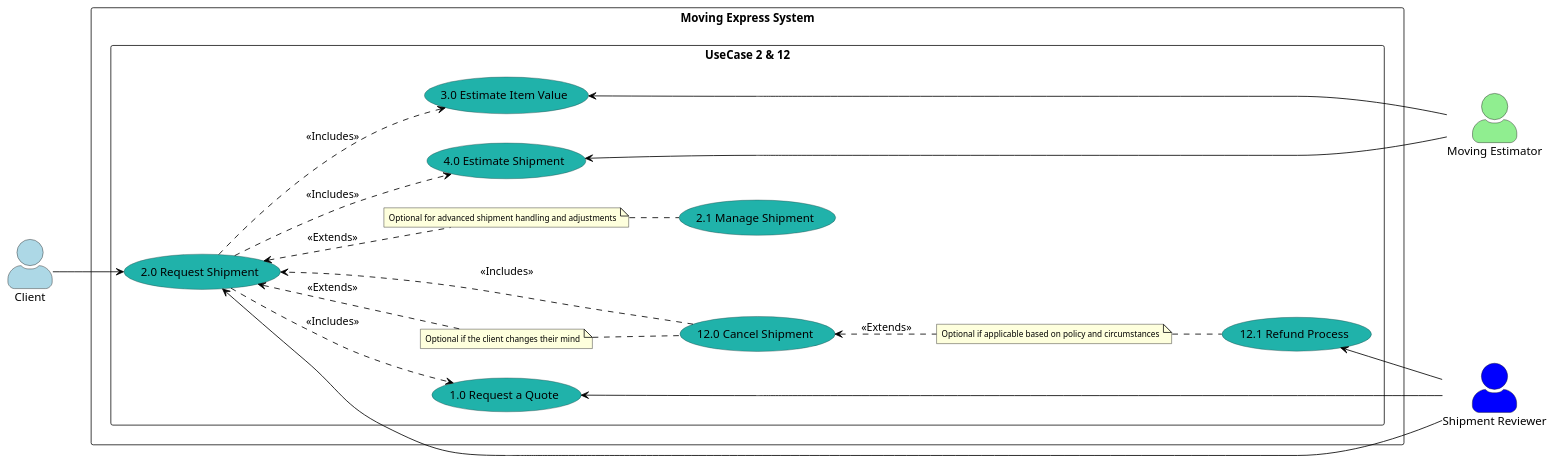
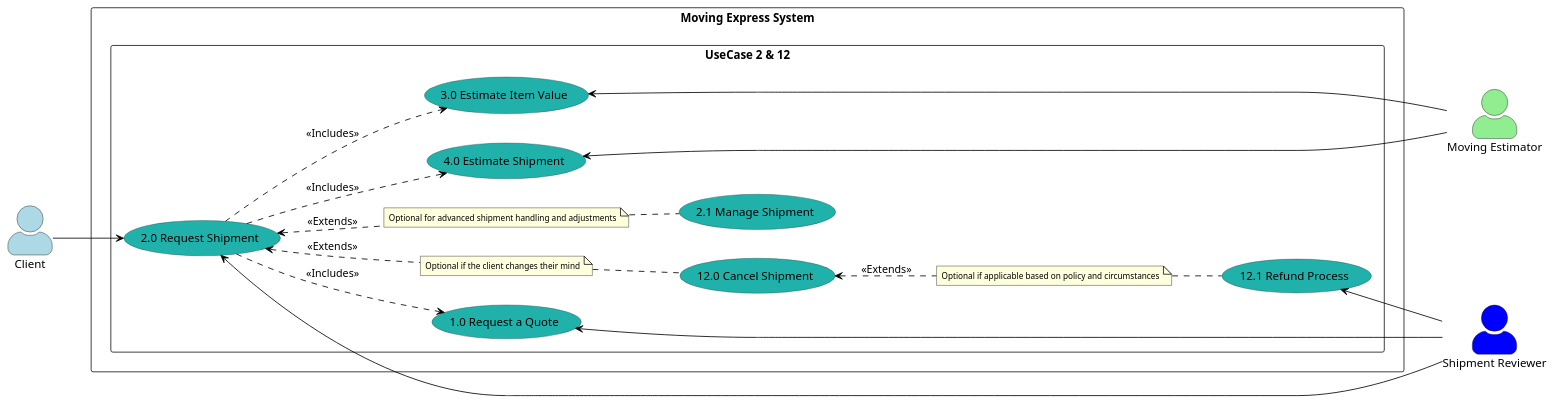
Before and after one commit to nic5694/MovingExpress: the diagram in Diagrams/UseCaseDiagrams/LoweLevel/UC2.puml, drawn with PlantUML. The commit also changed other lines of this file, not shown here.

```diff
--- a/Diagrams/UseCaseDiagrams/LoweLevel/UC2.puml
+++ b/Diagrams/UseCaseDiagrams/LoweLevel/UC2.puml
@@ -58,60 +1,59 @@
 @startuml
 
 left to right direction
 skinparam actorStyle awesome
 
 skinparam note {
  FontSize 10
 }
 skinparam usecase {
    BackgroundColor DarkSeaGreen
    BorderColor DarkSlateGray
    ArrowColor Black
    ActorBorderColor black
    ActorBackgroundColor<< Human >> Gold
 }
 
 actor Client as "Client" #LightBlue
 actor "Moving Estimator" as MovingEstimator #LightGreen
 actor "Shipment Reviewer" as ShipmentReviewer #Blue
 
 rectangle "Moving Express System" {
    rectangle "UseCase 2 & 12" {
      usecase "1.0 Request a Quote" as UC1 #LightSeaGreen
      usecase "3.0 Estimate Item Value" as UC3 #LightSeaGreen
      usecase "4.0 Estimate Shipment" as UC4 #LightSeaGreen
      usecase "2.0 Request Shipment" as UC2 #LightSeaGreen
      usecase "12.0 Cancel Shipment" as UC12 #LightSeaGreen
      usecase "2.1 Manage Shipment" as UC2_1 #LightSeaGreen
      usecase "12.1 Refund Process" as UC12_1 #LightSeaGreen
 
      note "Optional if the client changes their mind" as N1
      note "Optional for advanced shipment handling and adjustments" as N2
      note "Optional if applicable based on policy and circumstances" as N3
    }
 }
 
 Client --> UC2
 
 UC4 <----- MovingEstimator
 UC3 <--- MovingEstimator
 
 UC1 <-- ShipmentReviewer
 UC12_1 <-- ShipmentReviewer
 UC2 <---- ShipmentReviewer
 
 UC2 ..> UC1 : <<Includes>>
 UC2 ..> UC3 : <<Includes>>
 UC2 ..> UC4 : <<Includes>>
 
 UC2 <.. N1 : <<Extends>>
 N1 .. (UC12)
 
 UC2 <.. N2 : <<Extends>>
 N2 .. (UC2_1)
 
-UC12 ..> UC2 : <<Includes>>
 UC12 <.. N3 : <<Extends>>
 N3 .. (UC12_1)
 
 @enduml
```
